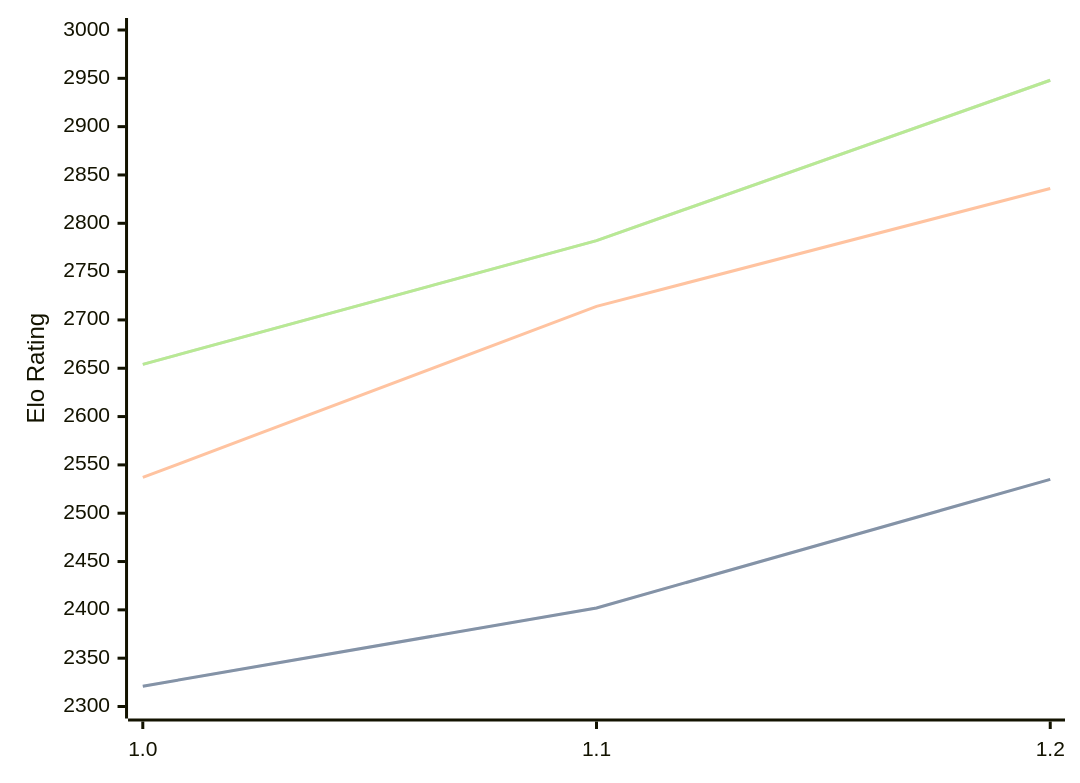
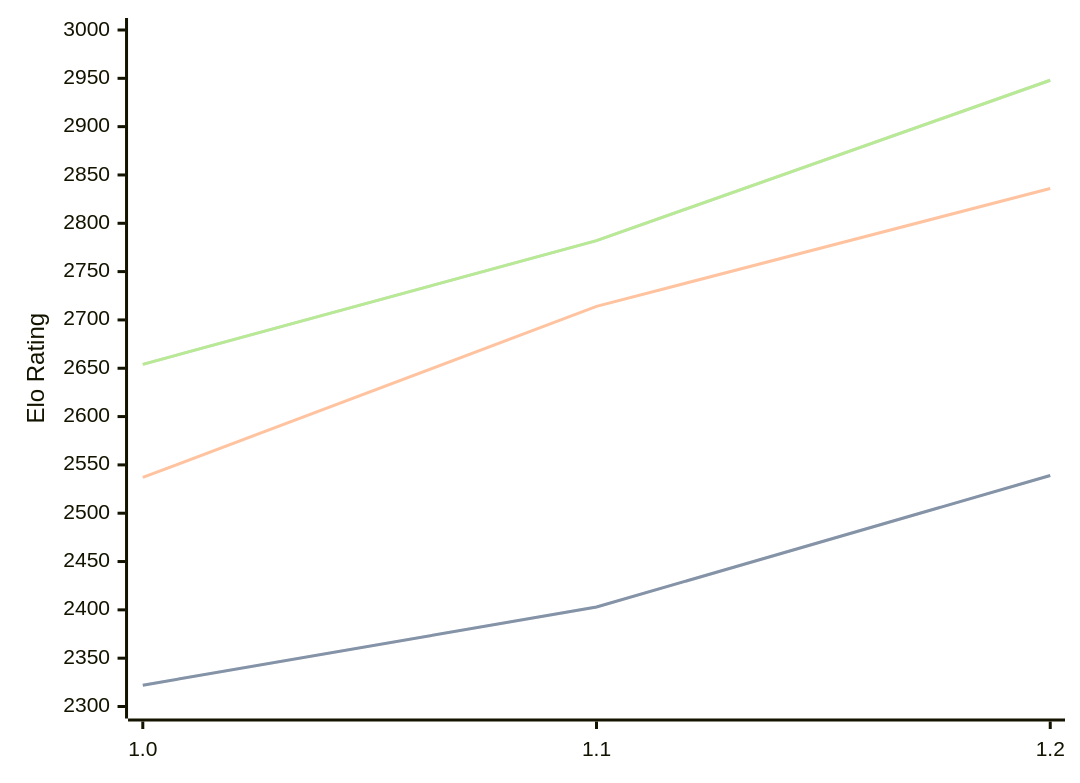
The diagram in engines/FoxChess.md (computer-chess-index/cci), drawn with Mermaid before and after one commit. The commit also changed other lines of this file, not shown here.

````diff
--- a/engines/FoxChess.md
+++ b/engines/FoxChess.md
@@ -33,11 +33,11 @@
 ```mermaid
 %%{init: {"theme":"base","themeVariables":{"seriesColors:['#a3a3a3','#222221','#faa371']}}}%%
 xychart-beta
   x-axis ["1.0", "1.1", "1.2"]
   y-axis "Elo Rating" 2300 --> 3000
-  line "" [2321, 2402, 2535]
-  line "STC (8.0+0.08s)" [2321, 2402, 2535]
+  line "" [2322, 2403, 2539]
+  line "STC (8.0+0.08s)" [2322, 2403, 2539]
   line "LTC (60.0+0.60s)" [2537, 2714, 2836]
   line "" [2654, 2782, 2948]
   line "VLTC (2m24s+1.12s)" [2654, 2782, 2948]
 ```
````
